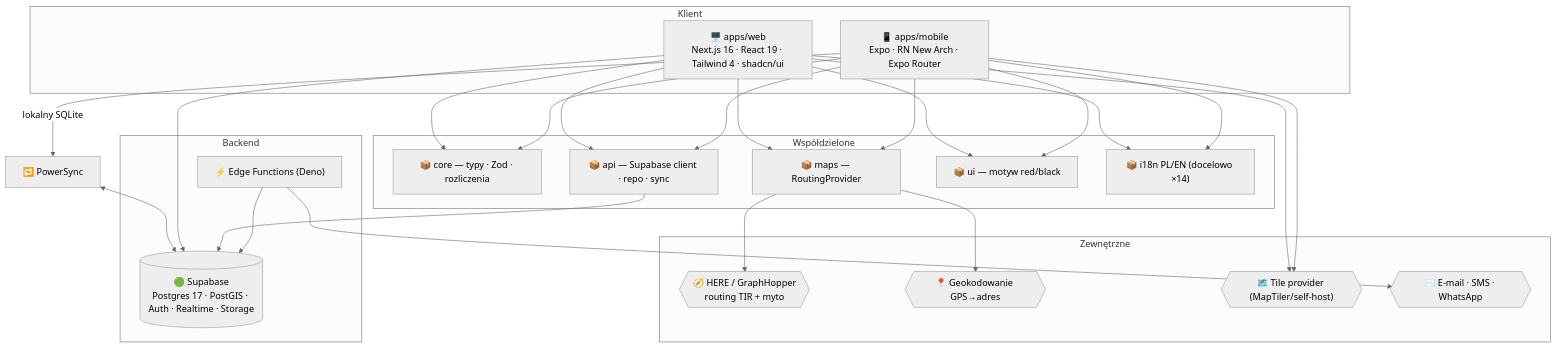
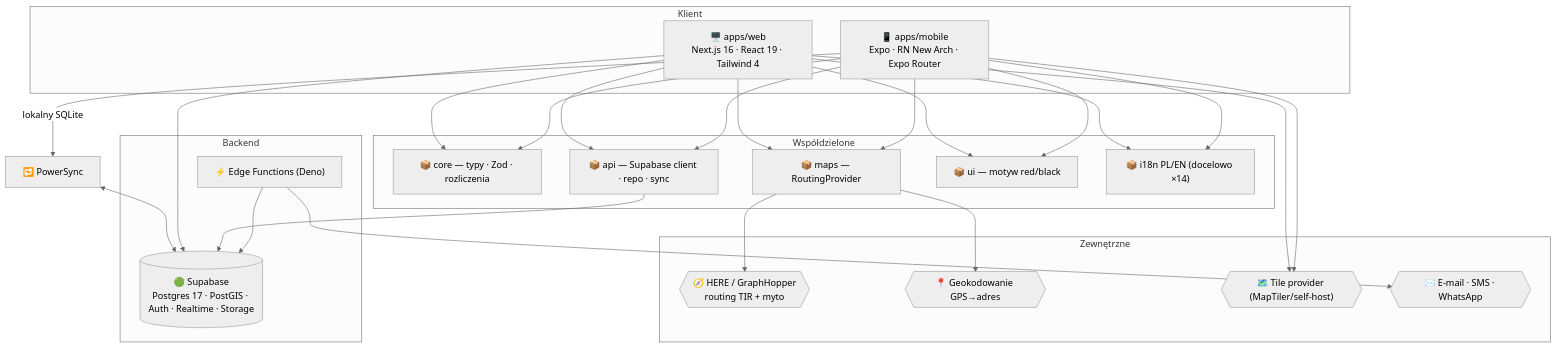
Before and after one commit to Gh0s777tt/E-Map: the first of 2 diagrams in docs/ARCHITECTURE.md, drawn with Mermaid (neutral theme). The commit also changed other lines of this file and 12 other files, not shown here.

````diff
--- a/docs/ARCHITECTURE.md
+++ b/docs/ARCHITECTURE.md
@@ -53,36 +53,36 @@
 ```mermaid
 flowchart TB
   subgraph Klient
-    WEB["🖥️ apps/web<br/>Next.js 16 · React 19 · Tailwind 4 · shadcn/ui"]
+    WEB["🖥️ apps/web<br/>Next.js 16 · React 19 · Tailwind 4"]
     MOB["📱 apps/mobile<br/>Expo · RN New Arch · Expo Router"]
   end
   subgraph Współdzielone
     CORE["📦 core — typy · Zod · rozliczenia"]
     API["📦 api — Supabase client · repo · sync"]
     MAPS["📦 maps — RoutingProvider"]
     UI["📦 ui — motyw red/black"]
     I18N["📦 i18n PL/EN (docelowo ×14)"]
   end
   subgraph Backend
     SB[("🟢 Supabase<br/>Postgres 17 · PostGIS · Auth · Realtime · Storage")]
     EDGE["⚡ Edge Functions (Deno)"]
   end
   subgraph Zewnętrzne
     ROUTE{{"🧭 HERE / GraphHopper<br/>routing TIR + myto"}}
     GEO{{"📍 Geokodowanie GPS→adres"}}
     TILES{{"🗺️ Tile provider (MapTiler/self-host)"}}
     MSG{{"✉️ E-mail · SMS · WhatsApp"}}
   end
 
   WEB --> CORE & API & MAPS & UI & I18N
   MOB --> CORE & API & MAPS & UI & I18N
   MOB -->|lokalny SQLite| PS["🔁 PowerSync"]
   PS <--> SB
   WEB --> SB
   API --> SB
   EDGE --> SB
   MAPS --> ROUTE
   MAPS --> GEO
   WEB & MOB --> TILES
   EDGE --> MSG
 ```
````
